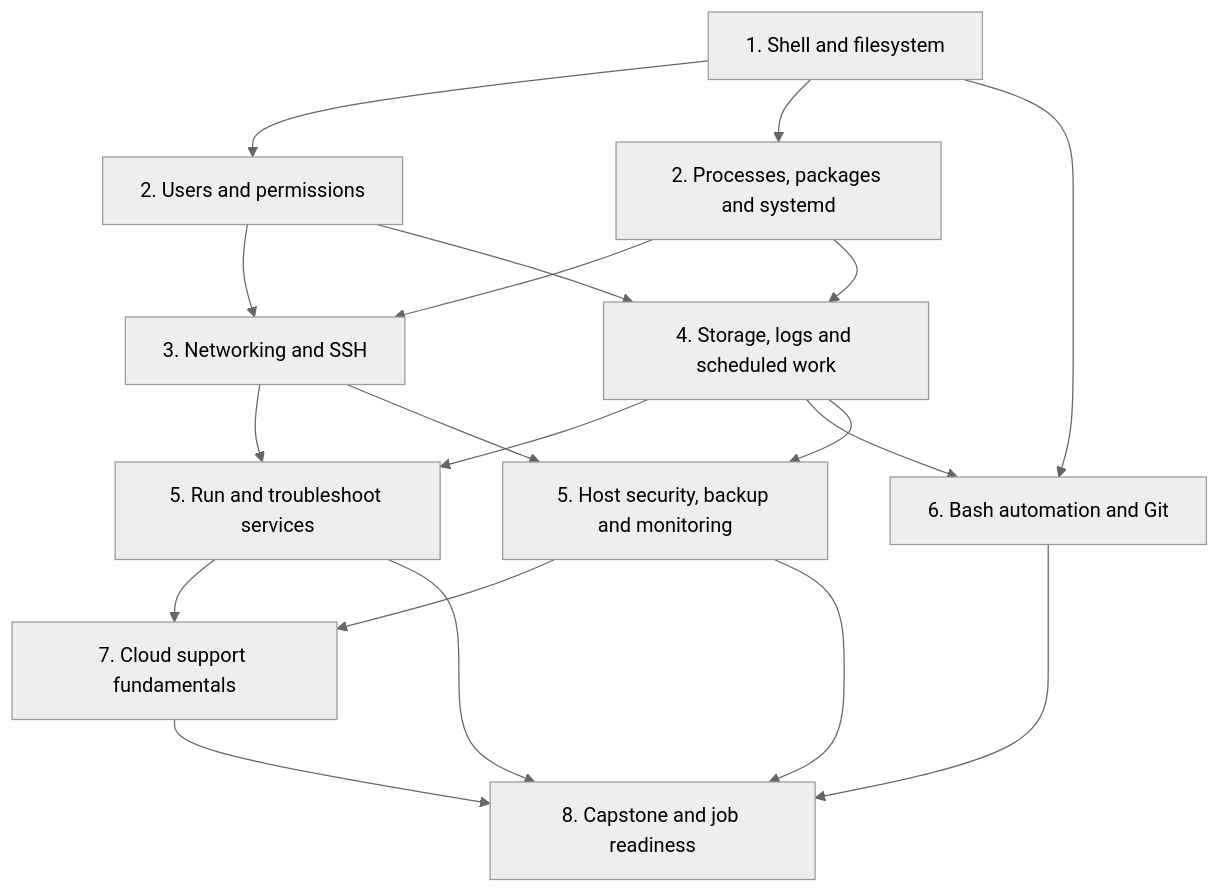
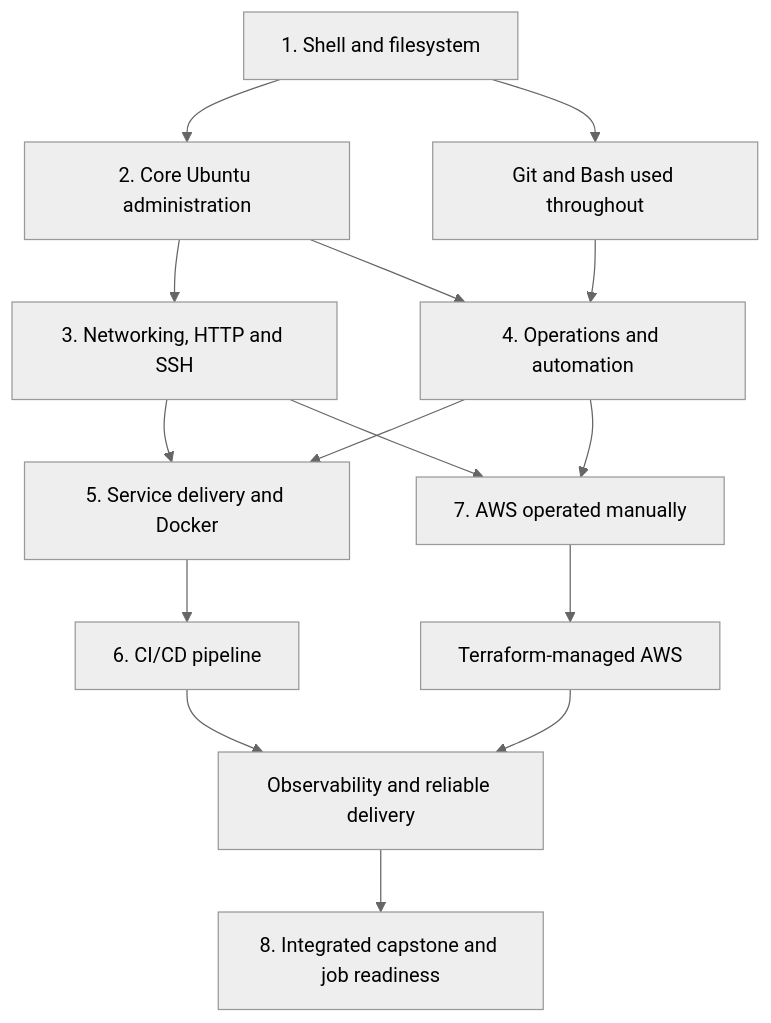
The first of 7 diagrams in topics/devops/ROADMAP.md (raf0411/learning), drawn with Mermaid (neutral theme) before and after one commit. The commit also changed other lines of this file and 2 other files, not shown here.

Commit message:
changed roadmap for devops learning

````diff
--- a/topics/devops/ROADMAP.md
+++ b/topics/devops/ROADMAP.md
@@ -104,21 +110,17 @@
 ```mermaid
 flowchart TD
-    A[1. Shell and filesystem] --> B[2. Users and permissions]
-    A --> C[2. Processes, packages and systemd]
-    B --> D[3. Networking and SSH]
-    C --> D
-    B --> E[4. Storage, logs and scheduled work]
-    C --> E
-    D --> F[5. Run and troubleshoot services]
+    A[1. Shell and filesystem] --> B[2. Core Ubuntu administration]
+    A --> C[Git and Bash used throughout]
+    B --> D[3. Networking, HTTP and SSH]
+    C --> E[4. Operations and automation]
+    B --> E
+    D --> F[5. Service delivery and Docker]
     E --> F
-    A --> G[6. Bash automation and Git]
-    E --> G
-    D --> H[5. Host security, backup and monitoring]
+    F --> G[6. CI/CD pipeline]
+    D --> H[7. AWS operated manually]
     E --> H
-    F --> I[7. Cloud support fundamentals]
-    H --> I
-    F --> J[8. Capstone and job readiness]
-    G --> J
-    H --> J
+    H --> I[Terraform-managed AWS]
+    G --> J[Observability and reliable delivery]
     I --> J
+    J --> K[8. Integrated capstone and job readiness]
 ```
````
